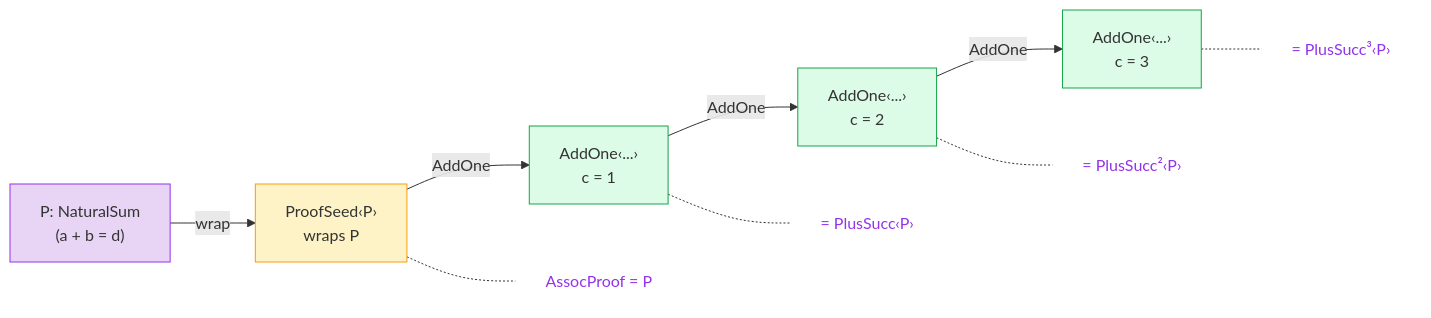
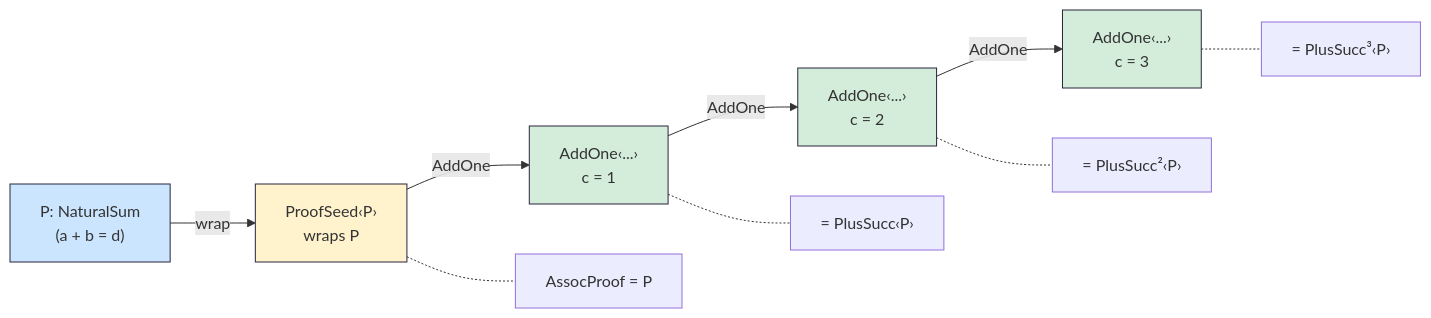
Before and after one commit to jakebromberg/misuse-of-notation: the diagram in tutorial/diagrams/seed-wrapping.mmd, drawn with Mermaid. The commit also changed 11 other files, not shown here.

Commit message:
Style diagrams to match reference: drop shadows, white fills, dark strokes

```diff
--- a/tutorial/diagrams/seed-wrapping.mmd
+++ b/tutorial/diagrams/seed-wrapping.mmd
@@ -1,26 +1,22 @@
 flowchart LR
     Proof["P: NaturalSum\n(a + b = d)"]
     Seed["ProofSeed‹P›\nwraps P"]
     A1["AddOne‹...›\nc = 1"]
     A2["AddOne‹...›\nc = 2"]
     A3["AddOne‹...›\nc = 3"]
 
     Proof -- "wrap" --> Seed
     Seed -- "AddOne" --> A1
     A1 -- "AddOne" --> A2
     A2 -- "AddOne" --> A3
 
     Seed -.- R0["AssocProof = P"]
     A1 -.- R1["= PlusSucc‹P›"]
     A2 -.- R2["= PlusSucc²‹P›"]
     A3 -.- R3["= PlusSucc³‹P›"]
 
-    style Proof fill:#e8d5f5,stroke:#9333ea
-    style Seed fill:#fef3c7,stroke:#f59e0b
-    style A1 fill:#dcfce7,stroke:#16a34a
-    style A2 fill:#dcfce7,stroke:#16a34a
-    style A3 fill:#dcfce7,stroke:#16a34a
-    style R0 fill:none,stroke:none,color:#9333ea
-    style R1 fill:none,stroke:none,color:#9333ea
-    style R2 fill:none,stroke:none,color:#9333ea
-    style R3 fill:none,stroke:none,color:#9333ea
+    style Proof fill:#cce5ff,stroke:#28253D
+    style Seed fill:#fff3cd,stroke:#28253D
+    style A1 fill:#d4edda,stroke:#28253D
+    style A2 fill:#d4edda,stroke:#28253D
+    style A3 fill:#d4edda,stroke:#28253D
```
